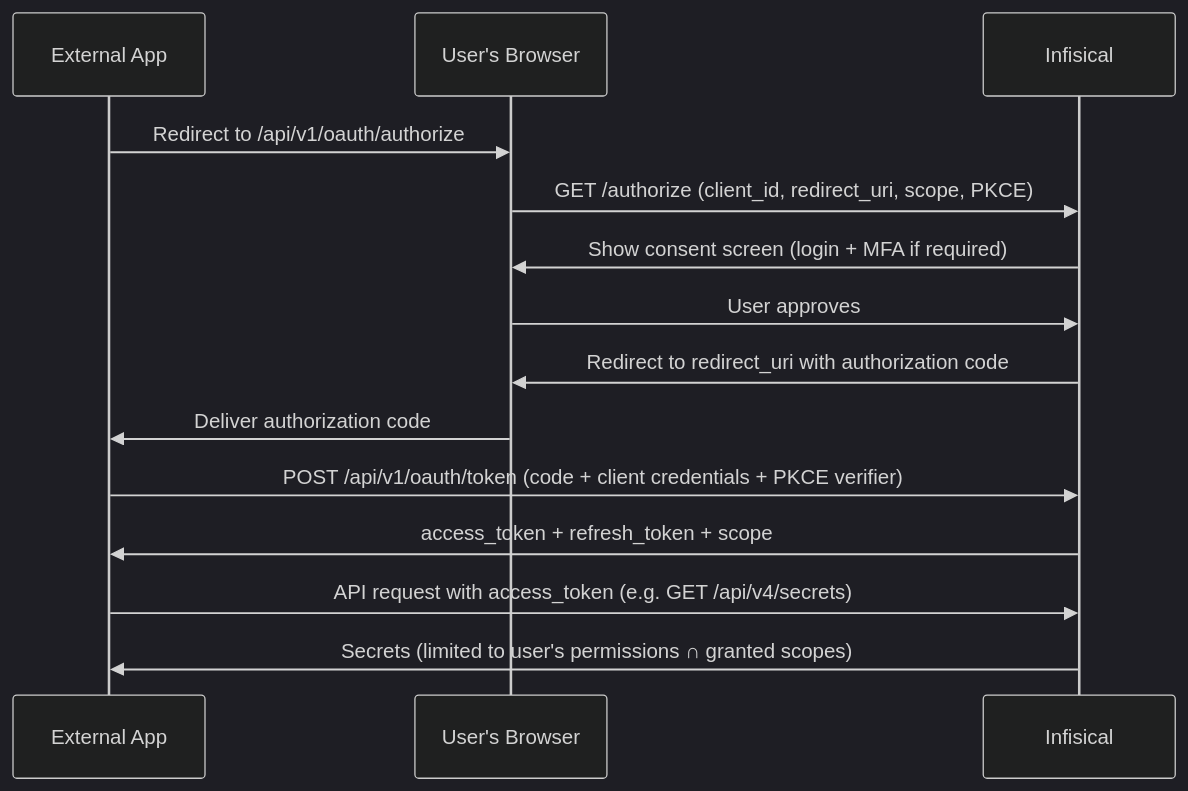
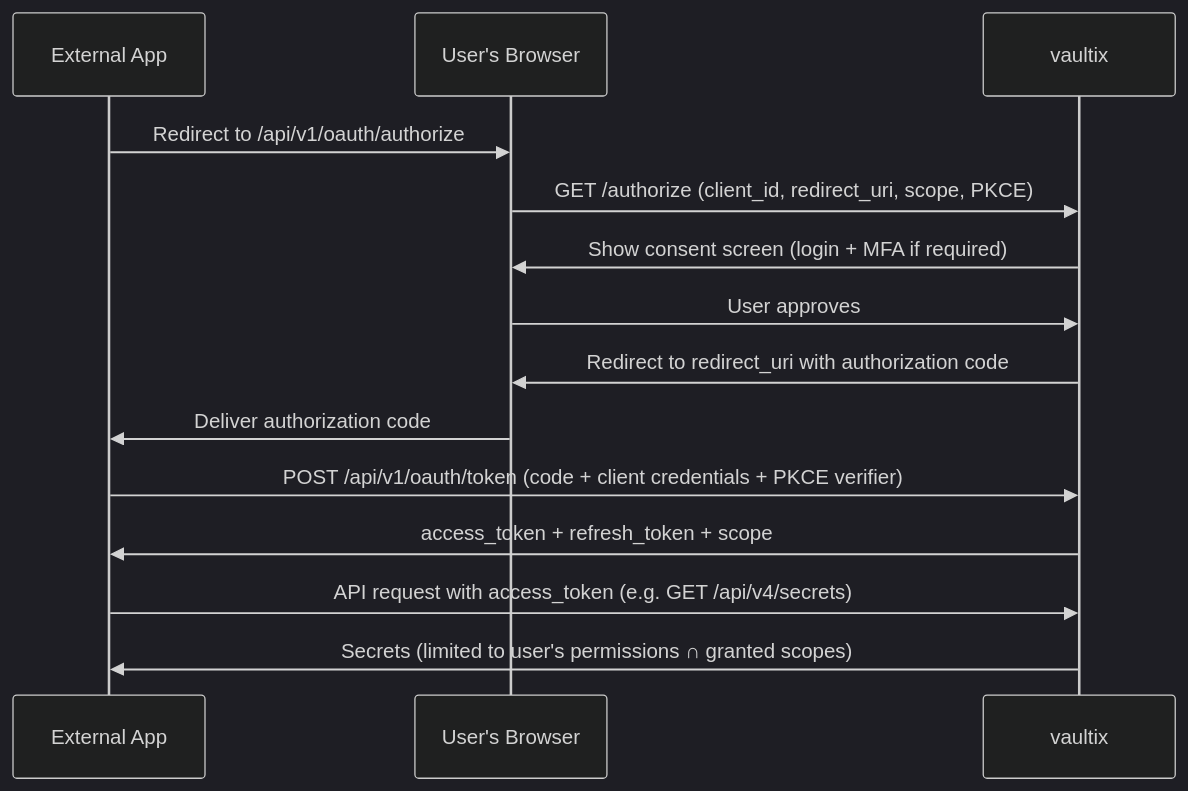
Before and after one commit to shippinAI/vaultix: the diagram in core/docs/documentation/platform/oauth-applications.mdx, drawn with Mermaid (dark theme). The commit also changed other lines of this file and 1202 other files, not shown here.

````diff
--- a/core/docs/documentation/platform/oauth-applications.mdx
+++ b/core/docs/documentation/platform/oauth-applications.mdx
@@ -26,17 +26,17 @@
 ```mermaid
 sequenceDiagram
   participant App as External App
   participant Browser as User's Browser
-  participant Infis as Infisical
+  participant Infis as vaultix
 
   App->>Browser: Redirect to /api/v1/oauth/authorize
   Browser->>Infis: GET /authorize (client_id, redirect_uri, scope, PKCE)
   Infis->>Browser: Show consent screen (login + MFA if required)
   Browser->>Infis: User approves
   Infis->>Browser: Redirect to redirect_uri with authorization code
   Browser->>App: Deliver authorization code
   App->>Infis: POST /api/v1/oauth/token (code + client credentials + PKCE verifier)
   Infis->>App: access_token + refresh_token + scope
   App->>Infis: API request with access_token (e.g. GET /api/v4/secrets)
   Infis->>App: Secrets (limited to user's permissions ∩ granted scopes)
 ```
````
